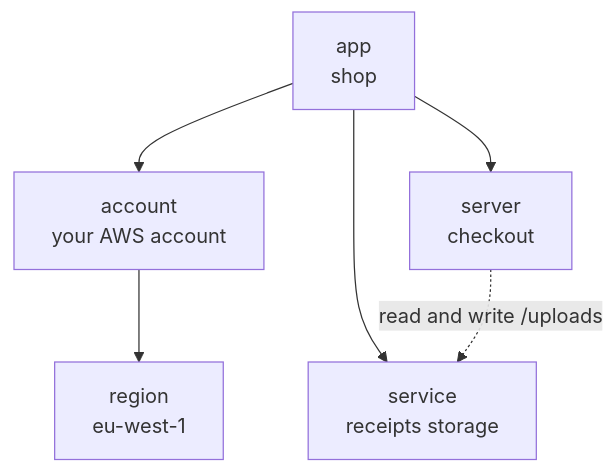
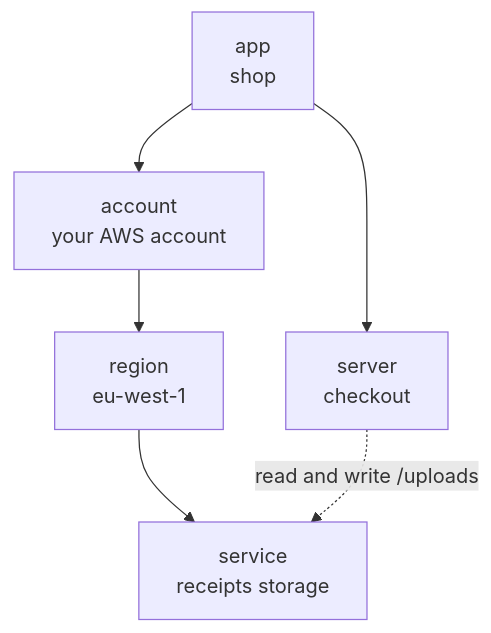
The first of 3 diagrams in apps/octo-docs/docs/getting-started/shop-stack.mdx (quadnix/octo), drawn with Mermaid before and after one commit. The commit also changed 9 other files, not shown here.

````diff
--- a/apps/octo-docs/docs/getting-started/shop-stack.mdx
+++ b/apps/octo-docs/docs/getting-started/shop-stack.mdx
@@ -10,14 +10,14 @@
 ```mermaid
 graph TD
 ;
     app["app<br/>shop"];
     account["account<br/>your AWS account"];
     region["region<br/>eu-west-1"];
     receipts["service<br/>receipts storage"];
     checkout["server<br/>checkout"];
     app --> account;
     account --> region;
-    app --> receipts;
+    region --> receipts;
     app --> checkout;
     checkout -. " read and write /uploads " .-> receipts;
 ```
````
